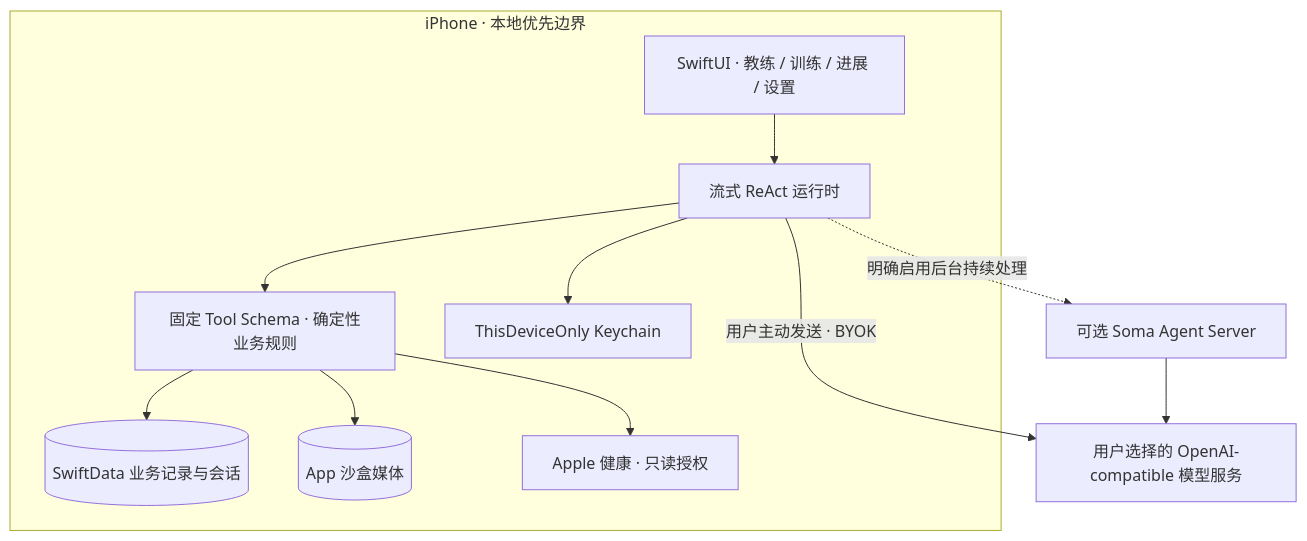
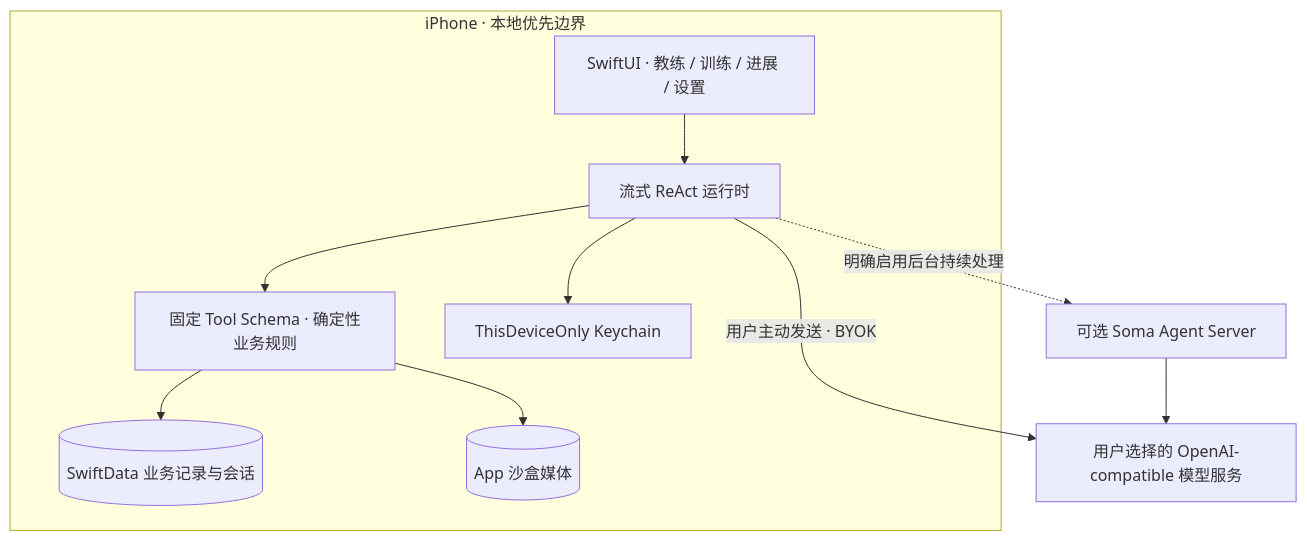
One commit to hedon954/soma changed the second of 2 diagrams in README.md. Above: the diagram before and after it, drawn with Mermaid. The commit also changed other lines of this file and 97 other files, not shown here.

````diff
--- a/README.md
+++ b/README.md
@@ -127,26 +126,24 @@
 ```mermaid
 flowchart TB
     subgraph iPhone["iPhone · 本地优先边界"]
         UI["SwiftUI · 教练 / 训练 / 进展 / 设置"]
         Runtime["流式 ReAct 运行时"]
         Tools["固定 Tool Schema · 确定性业务规则"]
         Store[(SwiftData 业务记录与会话)]
         Media[(App 沙盒媒体)]
         Keychain["ThisDeviceOnly Keychain"]
-        Health["Apple 健康 · 只读授权"]
 
         UI --> Runtime
         Runtime --> Tools
         Tools --> Store
         Tools --> Media
-        Tools --> Health
         Runtime --> Keychain
     end
 
     Provider["用户选择的 OpenAI-compatible 模型服务"]
     Server["可选 Soma Agent Server"]
 
     Runtime -->|"用户主动发送 · BYOK"| Provider
     Runtime -.->|明确启用后台持续处理| Server
     Server --> Provider
 ```
````
